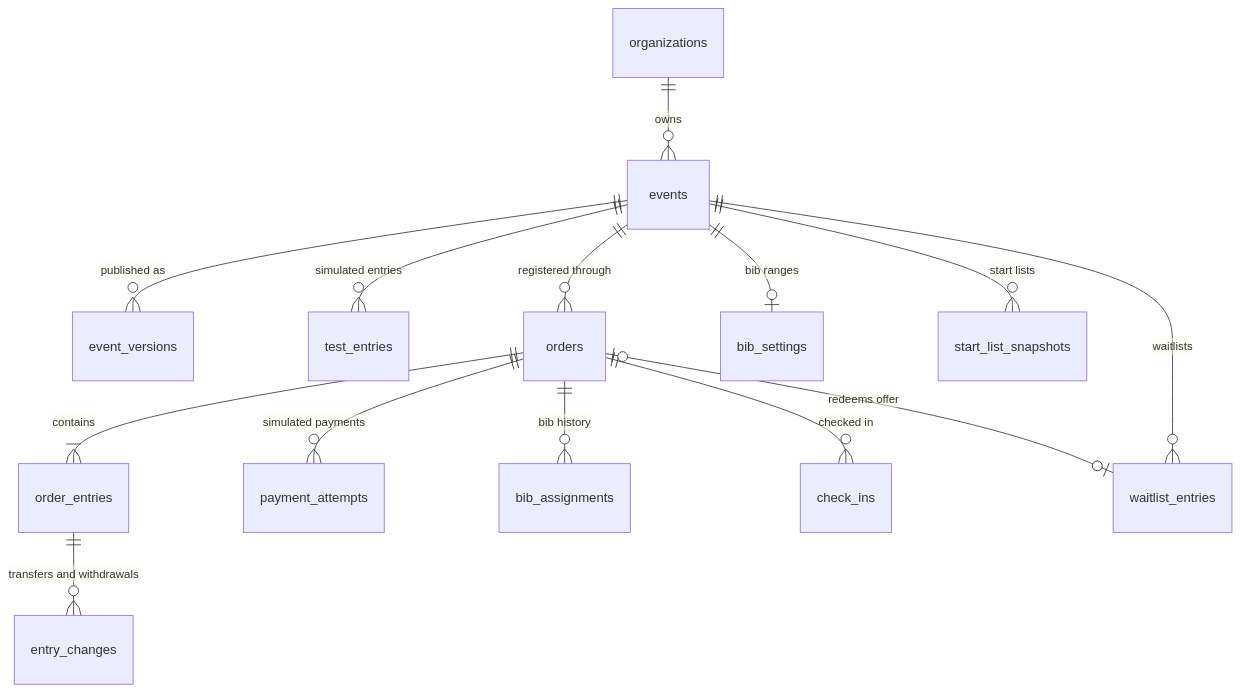
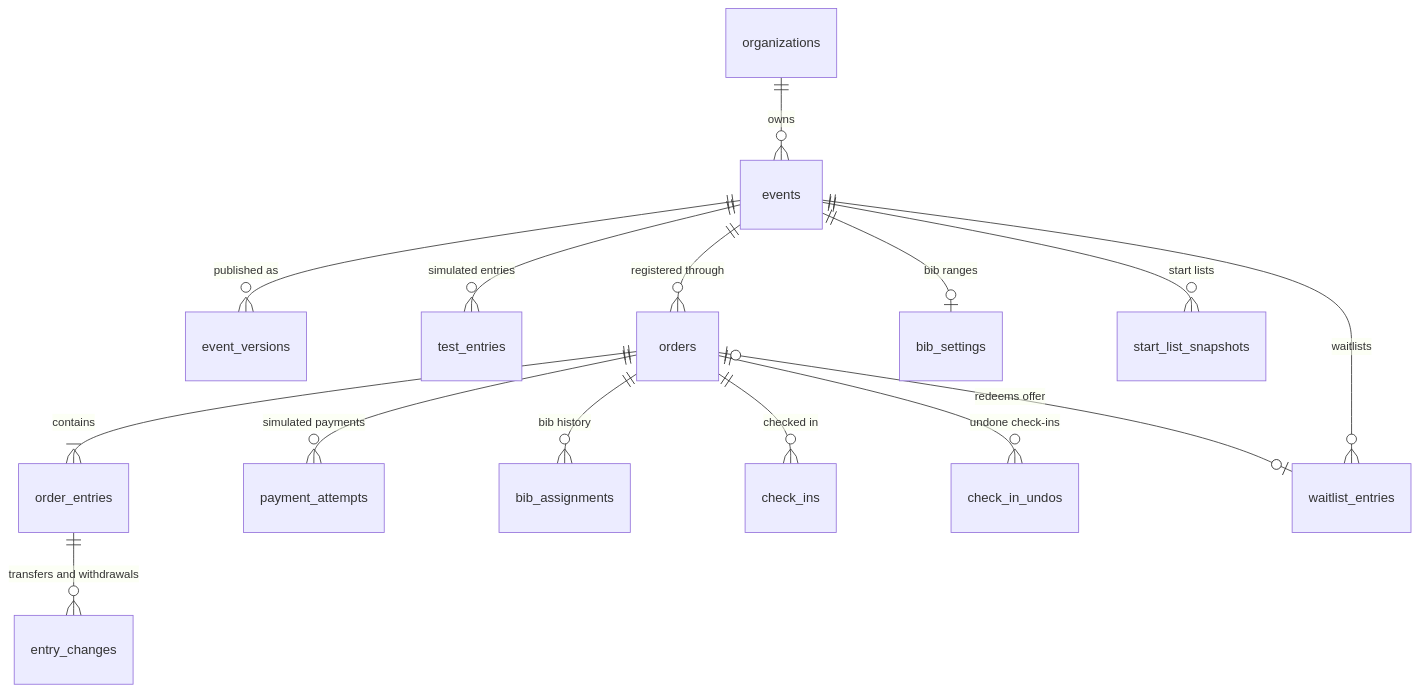
Before and after one commit to kchan1028/event-registration: the first of 2 diagrams in DATA_MODEL.md, drawn with Mermaid. The commit also changed other lines of this file and 9 other files, not shown here.

````diff
--- a/DATA_MODEL.md
+++ b/DATA_MODEL.md
@@ -27,16 +27,17 @@
 ```mermaid
 erDiagram
     organizations ||--o{ events : owns
     events ||--o{ event_versions : "published as"
     events ||--o{ test_entries : "simulated entries"
     events ||--o{ orders : "registered through"
     orders ||--|{ order_entries : contains
     orders ||--o{ payment_attempts : "simulated payments"
     events ||--o| bib_settings : "bib ranges"
     orders ||--o{ bib_assignments : "bib history"
     orders ||--o{ check_ins : "checked in"
+    orders ||--o{ check_in_undos : "undone check-ins"
     events ||--o{ start_list_snapshots : "start lists"
     events ||--o{ waitlist_entries : "waitlists"
     orders |o--o| waitlist_entries : "redeems offer"
     order_entries ||--o{ entry_changes : "transfers and withdrawals"
 ```
````
